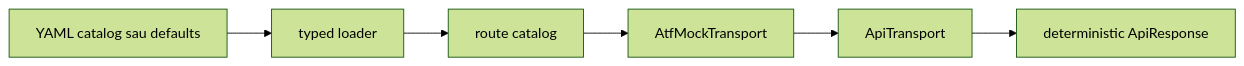
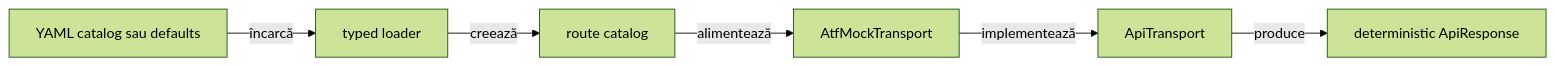
The first of 3 diagrams in atf-mock/README.md (crististefanita/demo2), drawn with Mermaid (forest theme) before and after one commit. The commit also changed other lines of this file and 102 other files, not shown here.

````diff
--- a/atf-mock/README.md
+++ b/atf-mock/README.md
@@ -17,8 +17,8 @@
 ```mermaid
 flowchart LR
-    Source["YAML catalog sau defaults"] --> Loader["typed loader"]
-    Loader --> Catalog["route catalog"]
-    Catalog --> Transport["AtfMockTransport"]
-    Transport --> Port["ApiTransport"]
-    Port --> Response["deterministic ApiResponse"]
+    Source["YAML catalog sau defaults"] -->|încarcă| Loader["typed loader"]
+    Loader -->|creează| Catalog["route catalog"]
+    Catalog -->|alimentează| Transport["AtfMockTransport"]
+    Transport -->|implementează| Port["ApiTransport"]
+    Port -->|produce| Response["deterministic ApiResponse"]
 ```
````
